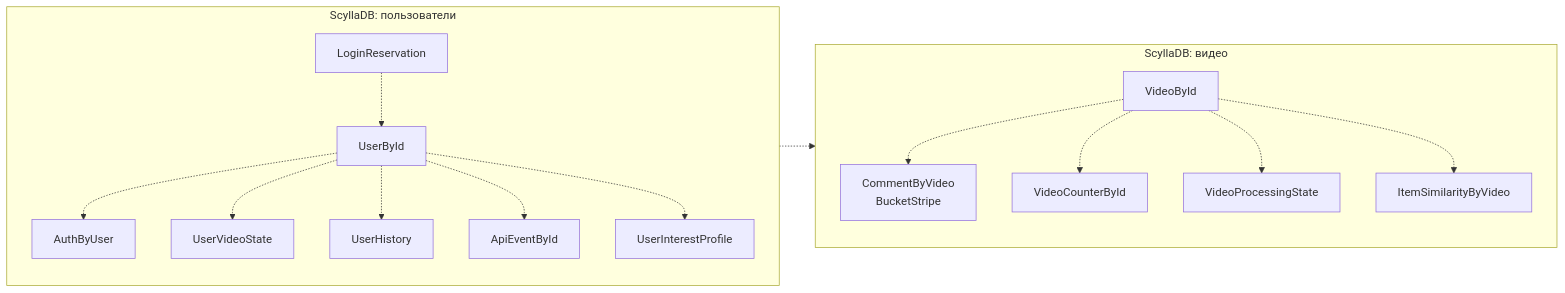
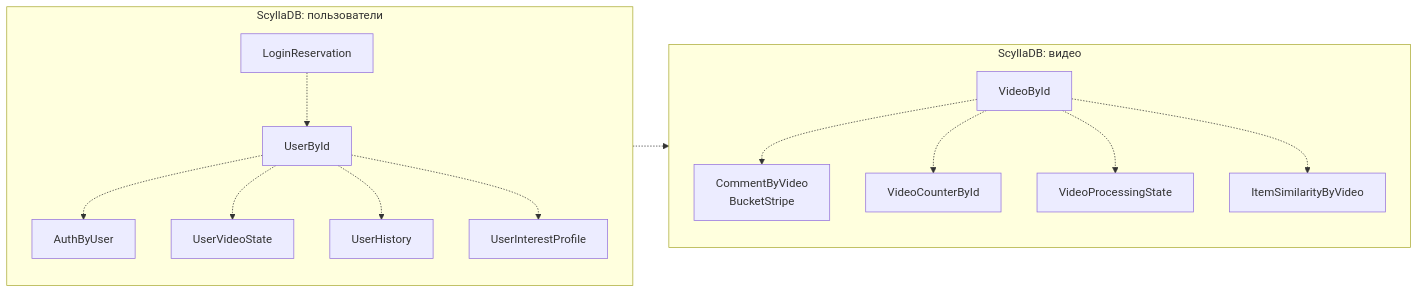
One commit to pavel-ladygin/highload_tp changed the fifth of 8 diagrams in README.md. Above: the diagram before and after it, drawn with Mermaid. The commit also changed other lines of this file, not shown here.

````diff
--- a/README.md
+++ b/README.md
@@ -604,32 +609,30 @@
 ```mermaid
 flowchart LR
   subgraph U["ScyllaDB: пользователи"]
     direction TB
     User["UserById"]
     Login["LoginReservation"]
     Auth["AuthByUser"]
     State["UserVideoState"]
     History["UserHistory"]
-    Api["ApiEventById"]
     Login -.-> User
     User -.-> Auth
     User -.-> State
     User -.-> History
-    User -.-> Api
     User -.-> Interest
   end
   subgraph V["ScyllaDB: видео"]
     direction TB
     Video["VideoById"]
     Interest["UserInterestProfile"]
     Similarity["ItemSimilarityByVideo"]
     Comment["CommentByVideo<br/>BucketStripe"]
     Counter["VideoCounterById"]
     Processing["VideoProcessingState"]
     Video -.-> Comment
     Video -.-> Counter
     Video -.-> Processing
     Video -.-> Similarity
   end
   State -.-> Video
 ```
````
